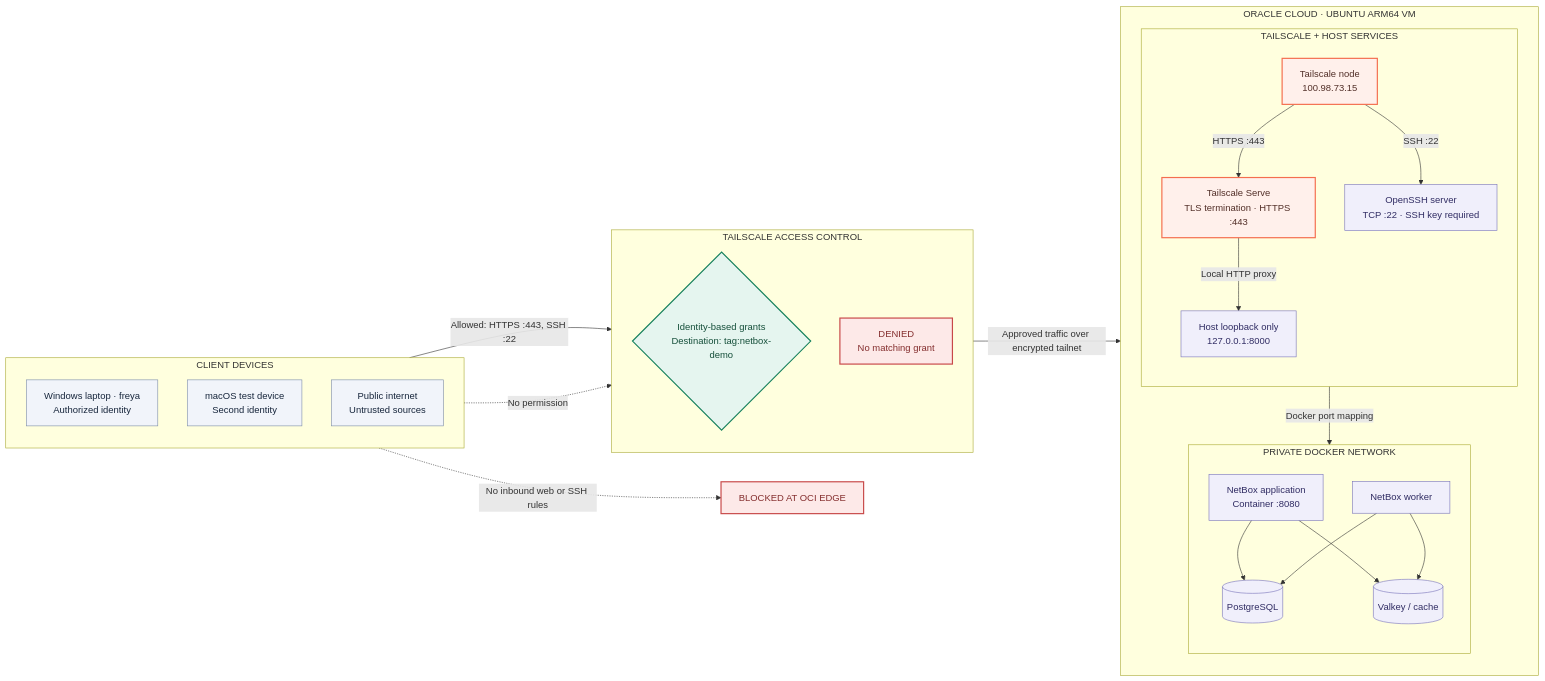
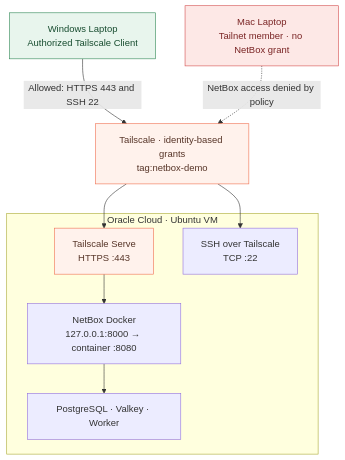
Before and after one commit to JaynaRogers/tailscale-netbox-zero-trust-demo: the diagram in README.md, drawn with Mermaid.

Commit message:
docs: simplify architecture diagram and clarify member access

````diff
--- a/README.md
+++ b/README.md
@@ -10,57 +10,26 @@
 ```mermaid
-flowchart LR
-    subgraph CLIENTS["CLIENT DEVICES"]
-        direction TB
-        WIN["Windows laptop · freya<br/>Authorized identity"]
-        MAC["macOS test device<br/>Second identity"]
-        PUBLIC["Public internet<br/>Untrusted sources"]
+flowchart TB
+    WIN["Windows Laptop<br/>Authorized Tailscale Client"]
+    MAC["Mac Laptop<br/>Tailnet member · no NetBox grant"]
+    TS["Tailscale · identity-based grants<br/>tag:netbox-demo"]
+
+    subgraph OCI["Oracle Cloud · Ubuntu VM"]
+      SERVE["Tailscale Serve<br/>HTTPS :443"]
+      SSH["SSH over Tailscale<br/>TCP :22"]
+      BOX["NetBox Docker<br/>127.0.0.1:8000 → container :8080"]
+      DATA["PostgreSQL · Valkey · Worker"]
+      SERVE --> BOX --> DATA
     end
 
-    subgraph CONTROL["TAILSCALE ACCESS CONTROL"]
-        direction TB
-        GRANT{"Identity-based grants<br/>Destination: tag:netbox-demo"}
-        DENY["DENIED<br/>No matching grant"]
-    end
+    WIN -->|"Allowed: HTTPS 443 and SSH 22"| TS
+    MAC -.->|"NetBox access denied by policy"| TS
+    TS --> SERVE
+    TS --> SSH
 
-    subgraph CLOUD["ORACLE CLOUD · UBUNTU ARM64 VM"]
-        direction TB
-        subgraph HOST["TAILSCALE + HOST SERVICES"]
-            direction TB
-            NODE["Tailscale node<br/>100.98.73.15"]
-            SERVE["Tailscale Serve<br/>TLS termination · HTTPS :443"]
-            SSH["OpenSSH server<br/>TCP :22 · SSH key required"]
-            LOOP["Host loopback only<br/>127.0.0.1:8000"]
-        end
-        subgraph DOCKER["PRIVATE DOCKER NETWORK"]
-            direction TB
-            WEB["NetBox application<br/>Container :8080"]
-            PG[("PostgreSQL")]
-            VAL[("Valkey / cache")]
-            WORKER["NetBox worker"]
-        end
-    end
-
-    WIN -->|"Allowed: HTTPS :443, SSH :22"| GRANT
-    MAC -.->|"No permission"| DENY
-    GRANT -->|"Approved traffic over encrypted tailnet"| NODE
-    NODE -->|"HTTPS :443"| SERVE
-    NODE -->|"SSH :22"| SSH
-    SERVE -->|"Local HTTP proxy"| LOOP
-    LOOP -->|"Docker port mapping"| WEB
-    WEB --> PG
-    WEB --> VAL
-    WORKER --> PG
-    WORKER --> VAL
-    PUBLIC -.->|"No inbound web or SSH rules"| BLOCKED["BLOCKED AT OCI EDGE"]
-
-    classDef client fill:#F1F4FA,stroke:#7B8BA6,color:#17263C,stroke-width:1px
-    classDef allow fill:#E5F5EF,stroke:#16815D,color:#154F3A,stroke-width:2px
-    classDef deny fill:#FDE9E8,stroke:#C84949,color:#842E2E,stroke-width:2px
-    classDef ts fill:#FFF0EB,stroke:#F46E4F,color:#522F28,stroke-width:2px
-    classDef app fill:#F0EFFB,stroke:#7772BA,color:#302C63,stroke-width:1px
-    class WIN,MAC,PUBLIC client
-    class GRANT allow
-    class DENY,BLOCKED deny
-    class NODE,SERVE ts
-    class WEB,PG,VAL,WORKER,LOOP,SSH app
+    classDef permitted fill:#E8F5ED,stroke:#2F8754,color:#184D30
+    classDef blocked fill:#FDE8E6,stroke:#D34D4D,color:#7A2525
+    classDef private fill:#FFF2EC,stroke:#F06F50,color:#573528
+    class WIN permitted
+    class MAC blocked
+    class TS,SERVE private
 ```
````
